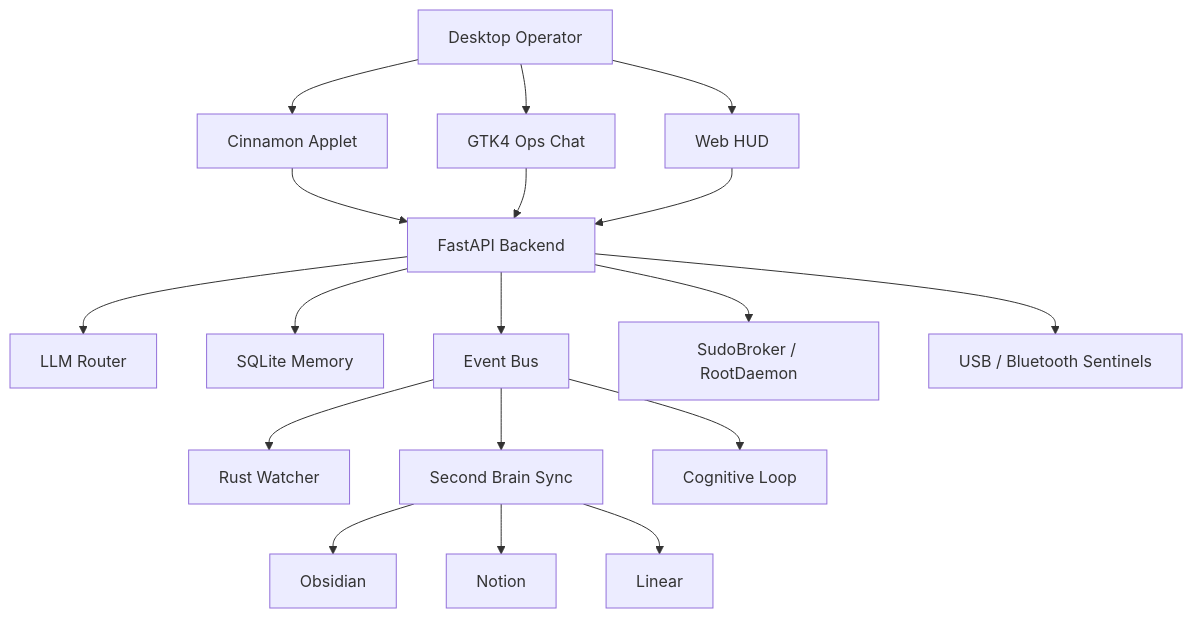
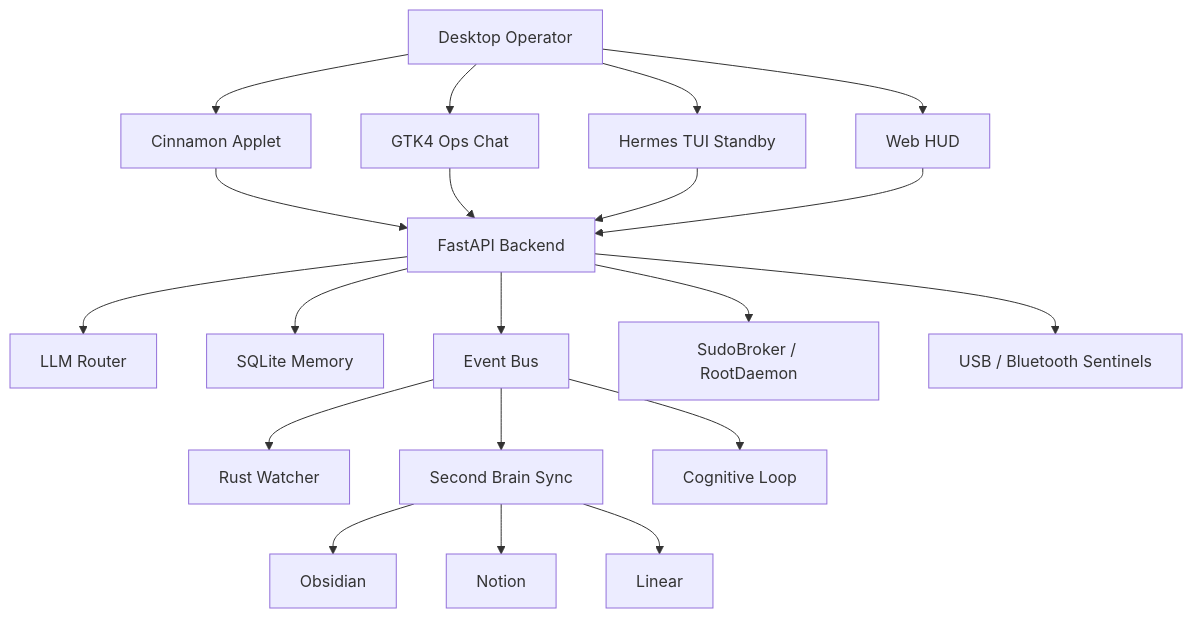
The diagram in docs/RELATORIO_COMPLETO_SISTEMA_2026-05-08.md (zeusinfra/NEXUS), drawn with Mermaid before and after one commit. The commit also changed other lines of this file and 23 other files, not shown here.

````diff
--- a/docs/RELATORIO_COMPLETO_SISTEMA_2026-05-08.md
+++ b/docs/RELATORIO_COMPLETO_SISTEMA_2026-05-08.md
@@ -50,24 +51,26 @@
 ```mermaid
 flowchart TD
     Desktop[Desktop Operator] --> Applet[Cinnamon Applet]
     Desktop --> GTK[GTK4 Ops Chat]
+    Desktop --> TUI[Hermes TUI Standby]
     Desktop --> HUD[Web HUD]
 
     Applet --> Backend[FastAPI Backend]
     GTK --> Backend
+    TUI --> Backend
     HUD --> Backend
 
     Backend --> LLM[LLM Router]
     Backend --> Memory[SQLite Memory]
     Backend --> Events[Event Bus]
     Backend --> Security[SudoBroker / RootDaemon]
     Backend --> Peripheral[USB / Bluetooth Sentinels]
 
     Events --> Watcher[Rust Watcher]
     Events --> SecondBrain[Second Brain Sync]
     Events --> Cognition[Cognitive Loop]
 
     SecondBrain --> Obsidian[Obsidian]
     SecondBrain --> Notion[Notion]
     SecondBrain --> Linear[Linear]
 ```
````
